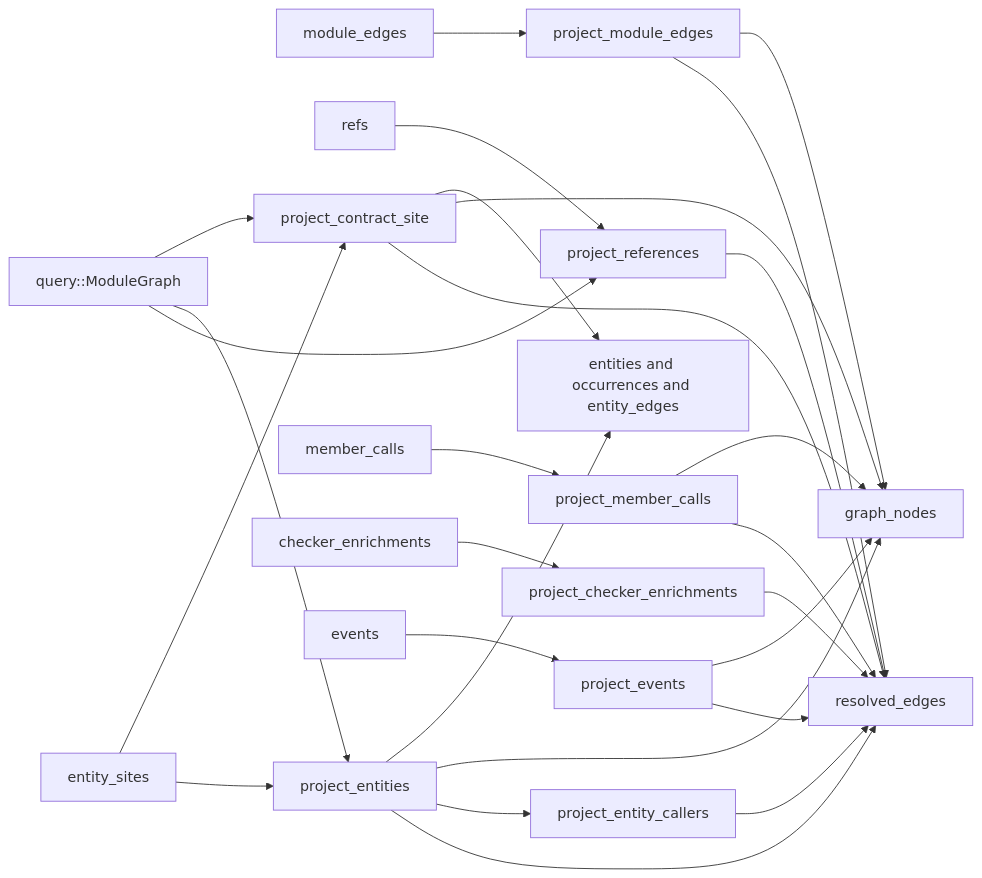
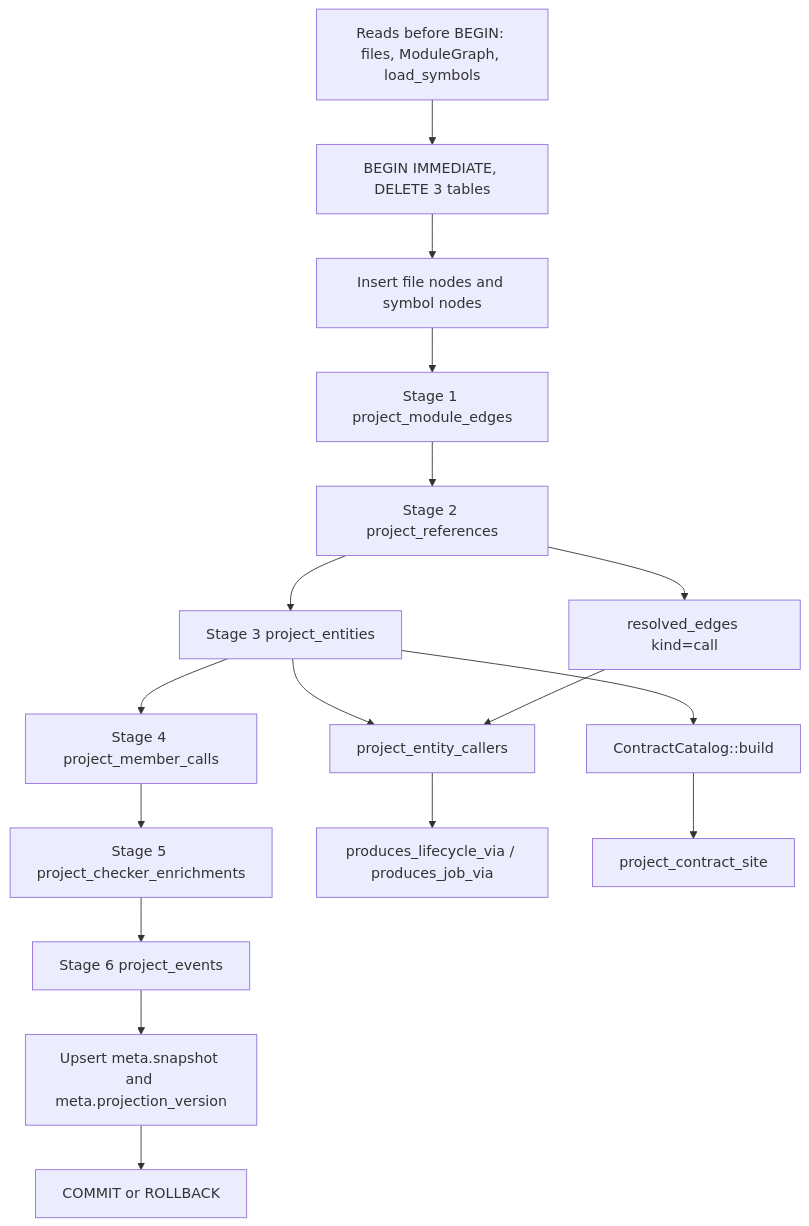
Before and after one commit to iantocristian/jscout: the second of 3 diagrams in docs/codebase-analysis/03-structural-extraction.md, drawn with Mermaid. The commit also changed other lines of this file and 28 other files, not shown here.

````diff
--- a/docs/codebase-analysis/03-structural-extraction.md
+++ b/docs/codebase-analysis/03-structural-extraction.md
@@ -135,29 +132,19 @@
 ```mermaid
-flowchart LR
-    ME["module_edges"] --> PM["project_module_edges"]
-    RF["refs"] --> PR["project_references"]
-    ES["entity_sites"] --> PE["project_entities"]
-    ES --> PC["project_contract_site"]
-    MC["member_calls"] --> PMC["project_member_calls"]
-    CE["checker_enrichments"] --> PCE["project_checker_enrichments"]
-    EV["events"] --> PEV["project_events"]
-    PM --> RE["resolved_edges"]
-    PR --> RE
-    PE --> RE
-    PE --> PEC["project_entity_callers"]
-    PEC --> RE
-    PC --> RE
-    PMC --> RE
-    PCE --> RE
-    PEV --> RE
-    PM --> GN["graph_nodes"]
-    PE --> GN
-    PC --> GN
-    PMC --> GN
-    PEV --> GN
-    PE --> ENT["entities and occurrences and entity_edges"]
-    PC --> ENT
-    MG["query::ModuleGraph"] --> PR
-    MG --> PE
-    MG --> PC
+flowchart TD
+  READ["Reads before BEGIN: files, ModuleGraph, load_symbols"] --> TX["BEGIN IMMEDIATE, DELETE 3 tables"]
+  TX --> NODES["Insert file nodes and symbol nodes"]
+  NODES --> S1["Stage 1 project_module_edges"]
+  S1 --> S2["Stage 2 project_references"]
+  S2 --> S3["Stage 3 project_entities"]
+  S3 --> S4["Stage 4 project_member_calls"]
+  S4 --> S5["Stage 5 project_checker_enrichments"]
+  S5 --> S6["Stage 6 project_events"]
+  S6 --> META["Upsert meta.snapshot and meta.projection_version"]
+  META --> COMMIT["COMMIT or ROLLBACK"]
+  S2 --> CALLEDGES["resolved_edges kind=call"]
+  S3 --> PEC["project_entity_callers"]
+  CALLEDGES --> PEC
+  PEC --> VIA["produces_lifecycle_via / produces_job_via"]
+  S3 --> CAT["ContractCatalog::build"]
+  CAT --> PCS["project_contract_site"]
 ```
````
